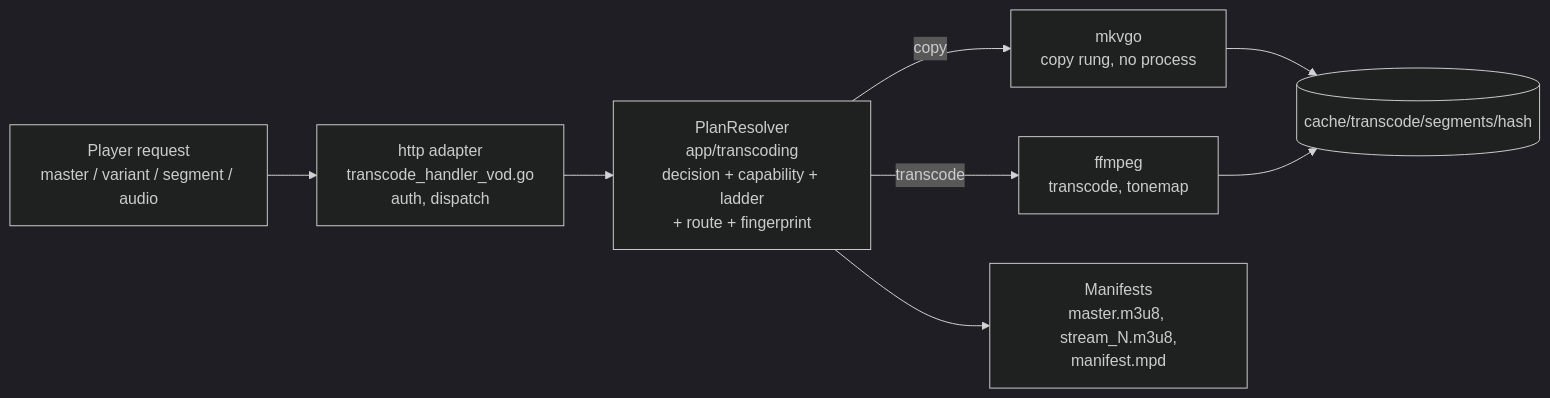
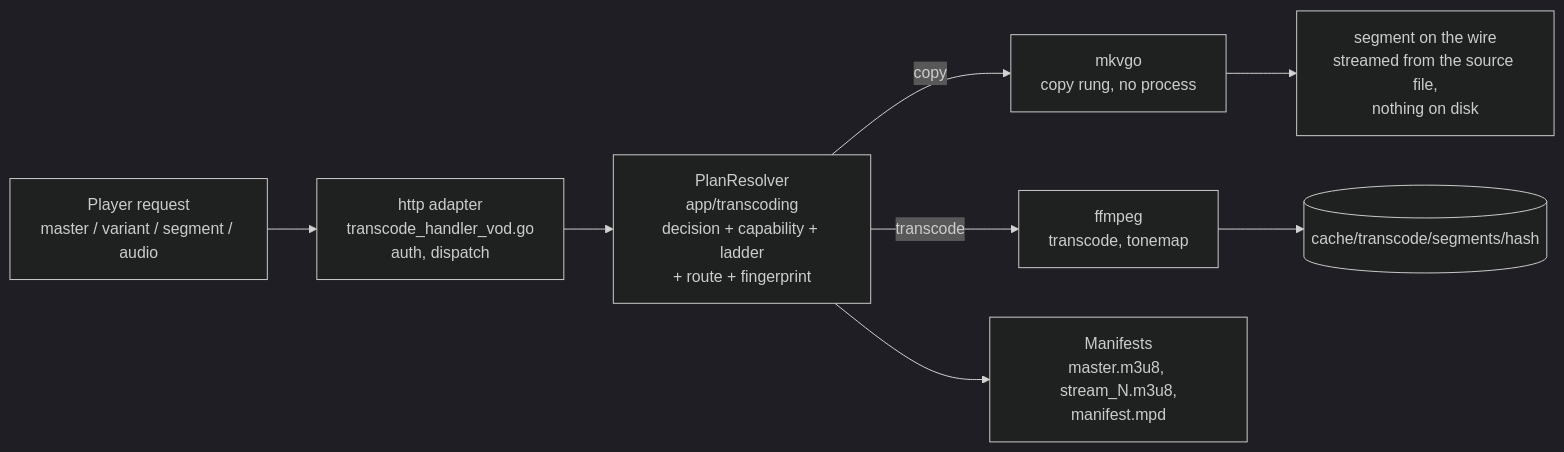
The diagram in docs/playback-serving.md (eveyproject/evey), drawn with Mermaid (dark theme) before and after one commit. The commit also changed other lines of this file and 3 other files, not shown here.

Commit message:
docs(playback): the MKVGo page drops the unmeasured share of playbacks without FFmpeg, the pipeline diagram no longer shows mkvgo writing to the segment cache, and both describe the streamed segments and the subtitle block index from the Cues

````diff
--- a/docs/playback-serving.md
+++ b/docs/playback-serving.md
@@ -38,16 +38,17 @@
 ```mermaid
 flowchart LR
     req[Player request<br/>master / variant / segment / audio]
     h[http adapter<br/>transcode_handler_vod.go<br/>auth, dispatch]
     plan[PlanResolver<br/>app/transcoding<br/>decision + capability + ladder<br/>+ route + fingerprint]
     mkv[mkvgo<br/>copy rung, no process]
     ff[ffmpeg<br/>transcode, tonemap]
     pack[Manifests<br/>master.m3u8, stream_N.m3u8,<br/>manifest.mpd]
+    wire[segment on the wire<br/>streamed from the source file,<br/>nothing on disk]
     seg[(cache/transcode/segments/hash)]
     req --> h --> plan
     plan -->|copy| mkv
     plan -->|transcode| ff
     plan --> pack
-    mkv --> seg
+    mkv --> wire
     ff --> seg
 ```
````
